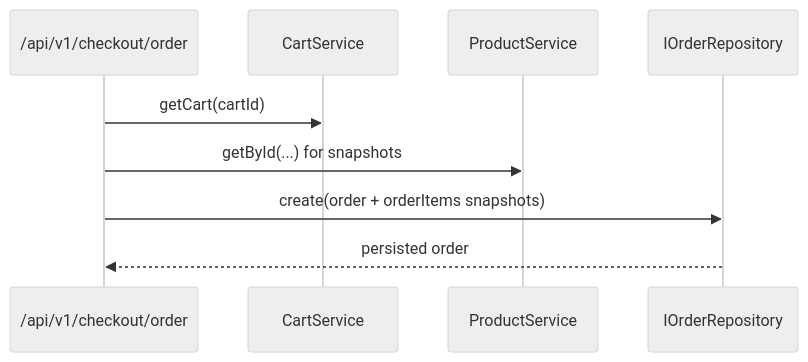
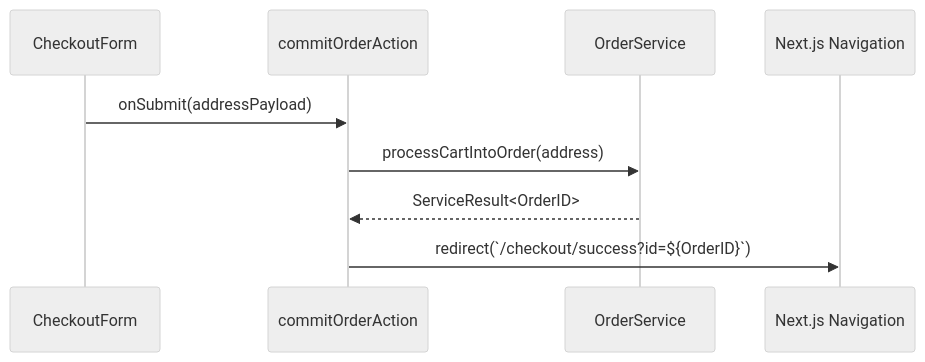
Before and after one commit to 3mrhussein/findeg: the diagram in packages/storefront/src/features/order/README.md, drawn with Mermaid (neutral theme). The commit also changed other lines of this file and 94 other files, not shown here.

Commit message:
refactor: migrate database schema to centralized directory and clean up legacy documentation and core infrastructure files

````diff
--- a/packages/storefront/src/features/order/README.md
+++ b/packages/storefront/src/features/order/README.md
@@ -30,11 +24,12 @@
 ```mermaid
 sequenceDiagram
-    participant CheckoutAPI as /api/v1/checkout/order
-    participant Cart as CartService
-    participant Product as ProductService
-    participant Repo as IOrderRepository
-    CheckoutAPI->>Cart: getCart(cartId)
-    CheckoutAPI->>Product: getById(...) for snapshots
-    CheckoutAPI->>Repo: create(order + orderItems snapshots)
-    Repo-->>CheckoutAPI: persisted order
+    participant ClientForm as CheckoutForm
+    participant Action as commitOrderAction
+    participant OS as OrderService
+    participant Redirect as Next.js Navigation
+
+    ClientForm->>Action: onSubmit(addressPayload)
+    Action->>OS: processCartIntoOrder(address)
+    OS-->>Action: ServiceResult<OrderID>
+    Action->>Redirect: redirect(`/checkout/success?id=${OrderID}`)
 ```
````
